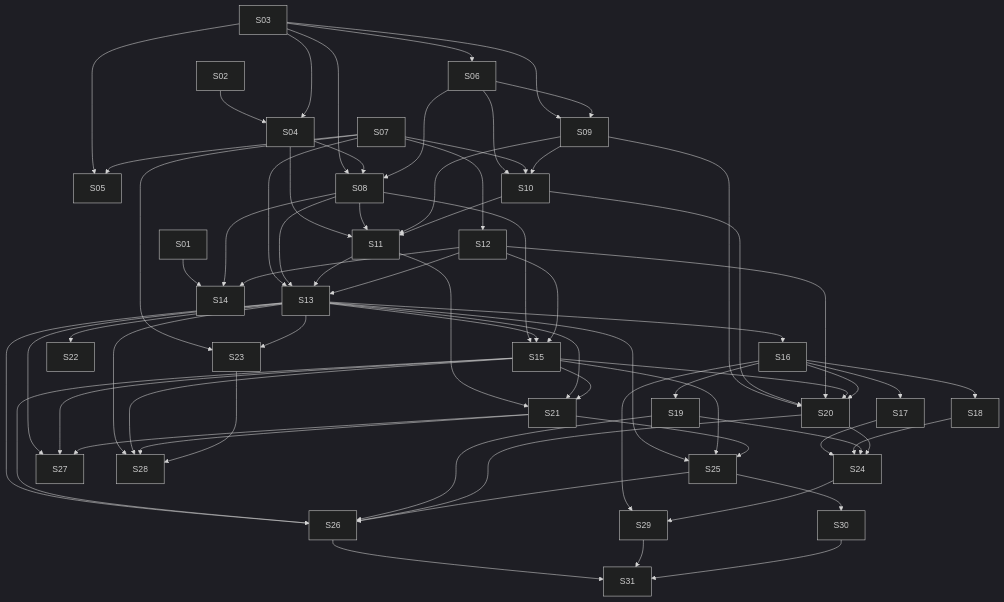
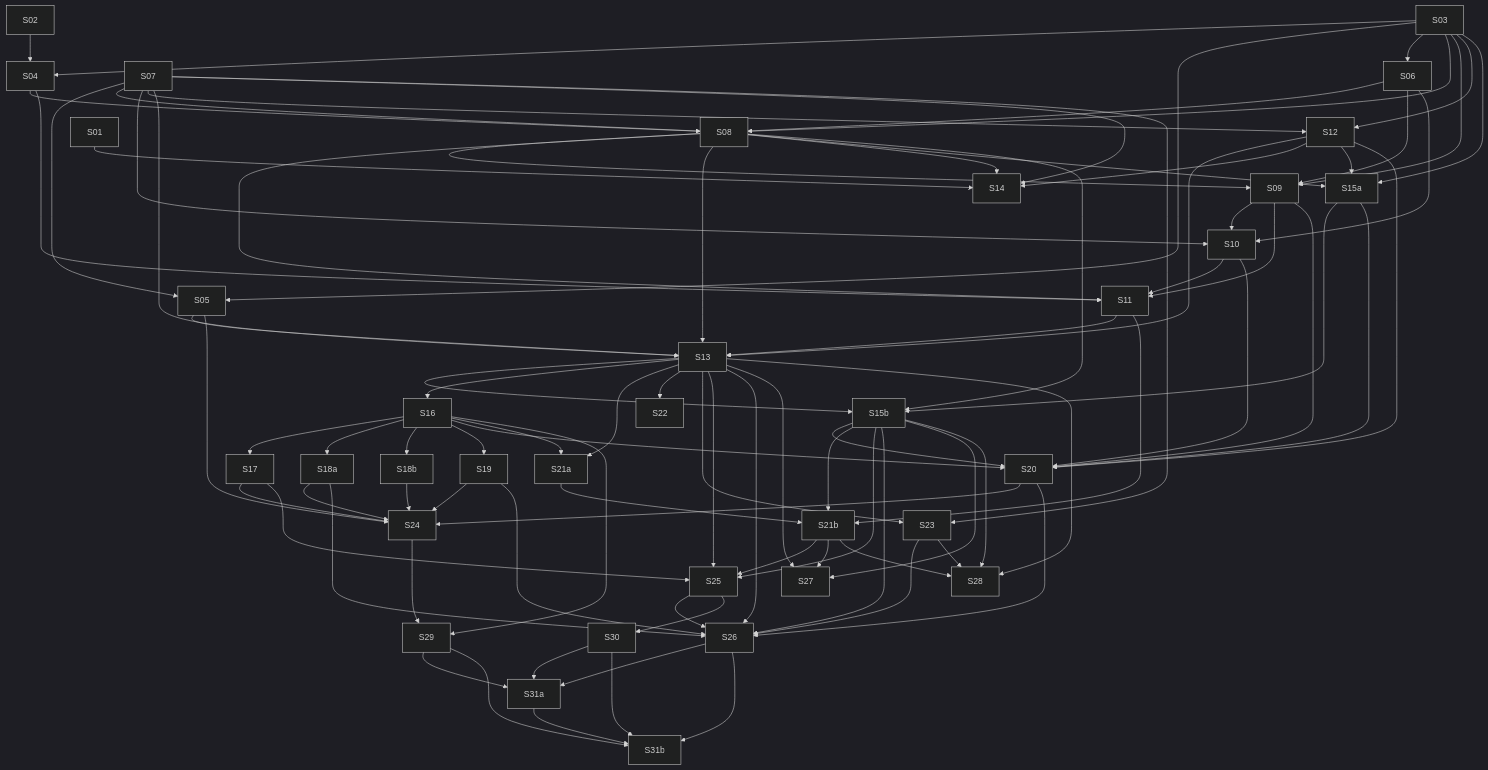
Before and after one commit to lmmoreira/ikaro: the diagram in plan/M25-TENANT-BILLING-FOUNDATION.md, drawn with Mermaid (dark theme). The commit also changed other lines of this file and 11 other files, not shown here.

````diff
--- a/plan/M25-TENANT-BILLING-FOUNDATION.md
+++ b/plan/M25-TENANT-BILLING-FOUNDATION.md
@@ -78,8 +84,10 @@
   S03 --> S08
   S04 --> S08
   S06 --> S08
+  S07 --> S08
   S03 --> S09
   S06 --> S09
+  S08 --> S09
   S06 --> S10
   S07 --> S10
   S09 --> S10
@@ -87,55 +95,74 @@
   S08 --> S11
   S09 --> S11
   S10 --> S11
+  S03 --> S12
   S07 --> S12
+  S05 --> S13
   S07 --> S13
   S08 --> S13
   S11 --> S13
   S12 --> S13
   S01 --> S14
+  S07 --> S14
   S08 --> S14
   S12 --> S14
-  S08 --> S15
-  S13 --> S15
-  S12 --> S15
+  S03 --> S15a
+  S08 --> S15a
+  S12 --> S15a
+  S15a --> S15b
+  S08 --> S15b
+  S13 --> S15b
   S13 --> S16
   S16 --> S17
-  S16 --> S18
+  S16 --> S18a
+  S16 --> S18b
   S16 --> S19
   S09 --> S20
   S10 --> S20
   S12 --> S20
-  S15 --> S20
+  S15a --> S20
+  S15b --> S20
   S16 --> S20
-  S11 --> S21
-  S13 --> S21
-  S15 --> S21
+  S13 --> S21a
+  S16 --> S21a
+  S11 --> S21b
+  S15b --> S21b
+  S21a --> S21b
   S13 --> S22
   S07 --> S23
   S13 --> S23
   S17 --> S24
-  S18 --> S24
+  S18a --> S24
+  S18b --> S24
   S19 --> S24
   S20 --> S24
+  S05 --> S24
   S13 --> S25
-  S15 --> S25
-  S21 --> S25
+  S15b --> S25
+  S17 --> S25
+  S21b --> S25
   S13 --> S26
-  S15 --> S26
+  S15b --> S26
+  S18a --> S26
   S19 --> S26
   S20 --> S26
+  S23 --> S26
   S25 --> S26
   S13 --> S27
-  S15 --> S27
-  S21 --> S27
+  S15b --> S27
+  S21b --> S27
   S13 --> S28
-  S15 --> S28
-  S21 --> S28
+  S15b --> S28
+  S21b --> S28
   S23 --> S28
   S16 --> S29
   S24 --> S29
   S25 --> S30
-  S26 --> S31
-  S29 --> S31
-  S30 --> S31
+  S26 --> S31a
+  S29 --> S31a
+  S30 --> S31a
+  S26 --> S31b
+  S29 --> S31b
+  S30 --> S31b
+  S31a --> S31b
 ```
````
